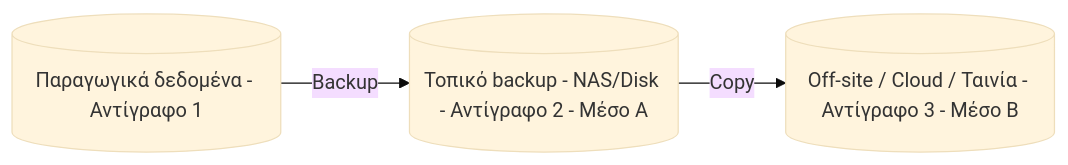
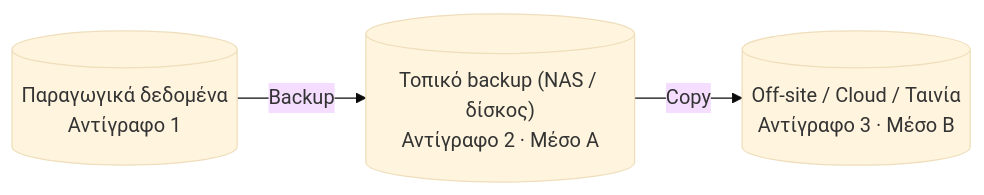
The diagram in Backup-Disaster-Recovery/03-Strategiki-3-2-1.md (Dimitriskatsanos42/Infrastructure-Knowledge-Base), drawn with Mermaid (base theme) before and after one commit. The commit also changed other lines of this file, not shown here.

First line of the commit message:
Revise 3-2-1 backup strategy section

````diff
--- a/Backup-Disaster-Recovery/03-Strategiki-3-2-1.md
+++ b/Backup-Disaster-Recovery/03-Strategiki-3-2-1.md
@@ -9,6 +15,6 @@
 ```mermaid
 flowchart LR
-    P[(Παραγωγικά δεδομένα - Αντίγραφο 1)]
-    P -->|Backup| B1[(Τοπικό backup - NAS/Disk - Αντίγραφο 2 - Μέσο Α)]
-    B1 -->|Copy| B2[(Off-site / Cloud / Ταινία - Αντίγραφο 3 - Μέσο Β)]
+    P[("Παραγωγικά δεδομένα<br/>Αντίγραφο 1")]
+    P -->|Backup| B1[("Τοπικό backup (NAS / δίσκος)<br/>Αντίγραφο 2 · Μέσο Α")]
+    B1 -->|Copy| B2[("Off-site / Cloud / Ταινία<br/>Αντίγραφο 3 · Μέσο Β")]
 ```
````
